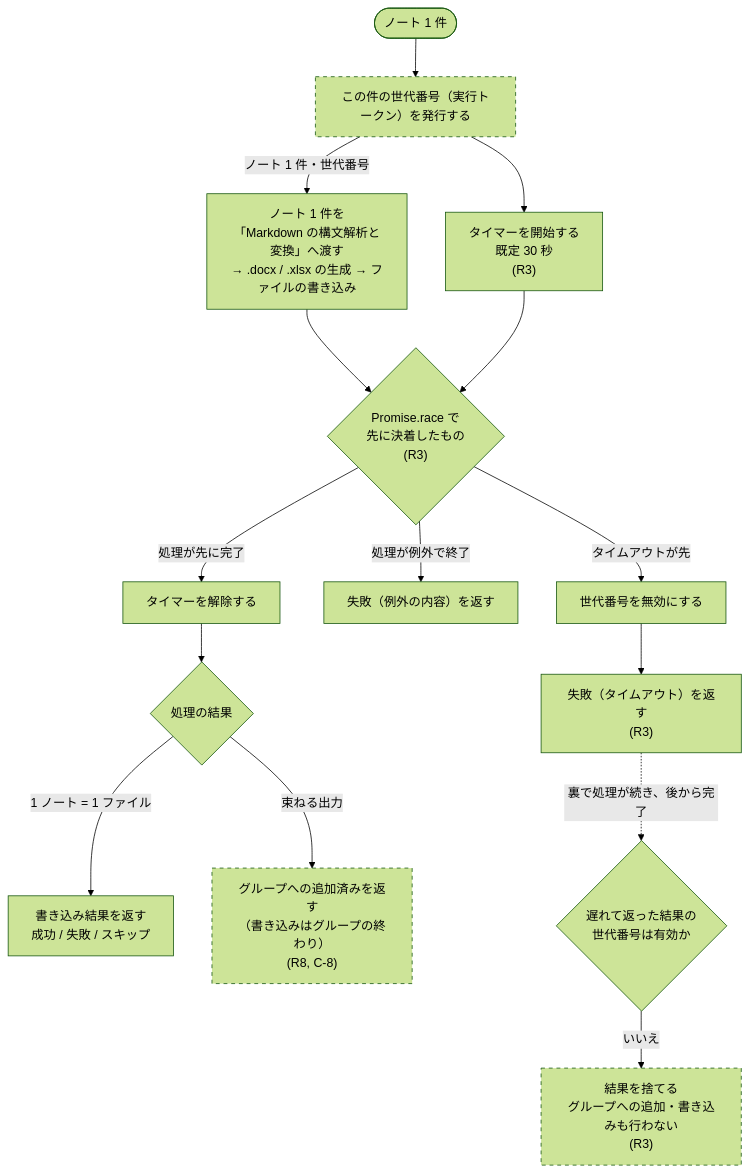
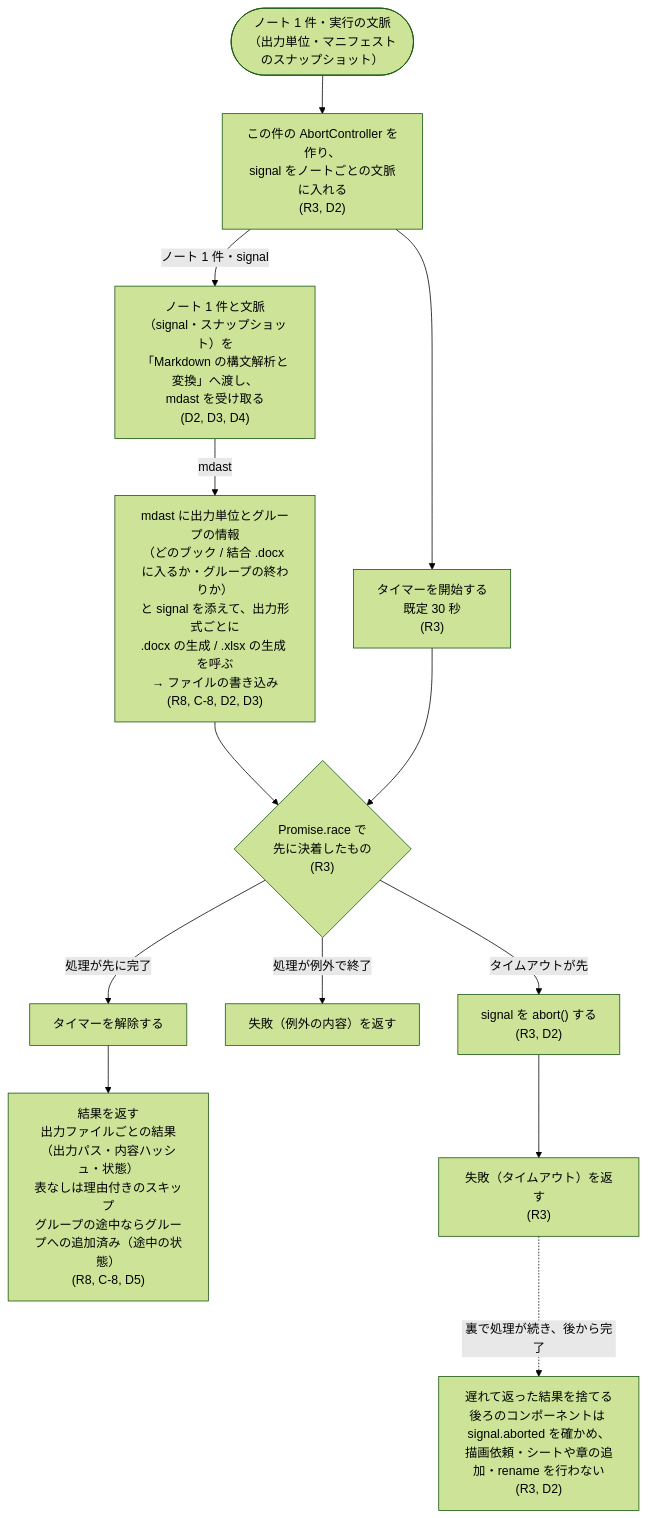
One commit to rakko1133/obsidian-md-to-office changed the second of 2 diagrams in docs/flows/03-run-sequential.md. Above: the diagram before and after it, drawn with Mermaid (forest theme). The commit also changed other lines of this file and 9 other files, not shown here.

First line of the commit message:
docs: 10 本のフロー図を境界の決定に合わせて修正 (R3, R8)

````diff
--- a/docs/flows/03-run-sequential.md
+++ b/docs/flows/03-run-sequential.md
@@ -83,34 +94,30 @@
 ```mermaid
 flowchart TD
-  S(["ノート 1 件"])
-  Token["この件の世代番号（実行トークン）を発行する"]:::undecided
-  Send["ノート 1 件を<br/>「Markdown の構文解析と変換」へ渡す<br/>→ .docx / .xlsx の生成 → ファイルの書き込み"]
+  S(["ノート 1 件・実行の文脈<br/>（出力単位・マニフェストのスナップショット）"])
+  Ctrl["この件の AbortController を作り、<br/>signal をノートごとの文脈に入れる<br/>(R3, D2)"]
   Timer["タイマーを開始する<br/>既定 30 秒<br/>(R3)"]
+  Parse["ノート 1 件と文脈（signal・スナップショット）を<br/>「Markdown の構文解析と変換」へ渡し、<br/>mdast を受け取る<br/>(D2, D3, D4)"]
+  Render["mdast に出力単位とグループの情報<br/>（どのブック / 結合 .docx に入るか・グループの終わりか）<br/>と signal を添えて、出力形式ごとに<br/>.docx の生成 / .xlsx の生成 を呼ぶ<br/>→ ファイルの書き込み<br/>(R8, C-8, D2, D3)"]
   Race{"Promise.race で<br/>先に決着したもの<br/>(R3)"}
   ClearT["タイマーを解除する"]
-  Kind{"処理の結果"}
-  RetWrite["書き込み結果を返す<br/>成功 / 失敗 / スキップ"]
-  RetAdded["グループへの追加済みを返す<br/>（書き込みはグループの終わり）<br/>(R8, C-8)"]:::undecided
+  RetAll["結果を返す<br/>出力ファイルごとの結果（出力パス・内容ハッシュ・状態）<br/>表なしは理由付きのスキップ<br/>グループの途中ならグループへの追加済み（途中の状態）<br/>(R8, C-8, D5)"]
   RetErr["失敗（例外の内容）を返す"]
-  Revoke["世代番号を無効にする"]
+  Abort["signal を abort() する<br/>(R3, D2)"]
   RetTimeout["失敗（タイムアウト）を返す<br/>(R3)"]
-  Late{"遅れて返った結果の<br/>世代番号は有効か"}
-  Discard["結果を捨てる<br/>グループへの追加・書き込みも行わない<br/>(R3)"]:::undecided
+  Late["遅れて返った結果を捨てる<br/>後ろのコンポーネントは signal.aborted を確かめ、<br/>描画依頼・シートや章の追加・rename を行わない<br/>(R3, D2)"]
 
-  S --> Token
-  Token -->|"ノート 1 件・世代番号"| Send
-  Token --> Timer
-  Send --> Race
+  S --> Ctrl
+  Ctrl -->|"ノート 1 件・signal"| Parse
+  Ctrl --> Timer
+  Parse -->|"mdast"| Render
+  Render --> Race
   Timer --> Race
   Race -->|"処理が先に完了"| ClearT
   Race -->|"処理が例外で終了"| RetErr
-  Race -->|"タイムアウトが先"| Revoke
-  ClearT --> Kind
-  Kind -->|"1 ノート = 1 ファイル"| RetWrite
-  Kind -->|"束ねる出力"| RetAdded
-  Revoke --> RetTimeout
+  Race -->|"タイムアウトが先"| Abort
+  ClearT --> RetAll
+  Abort --> RetTimeout
   RetTimeout -.->|"裏で処理が続き、後から完了"| Late
-  Late -->|"いいえ"| Discard
 
   classDef undecided stroke-dasharray: 5 5
 ```
````
